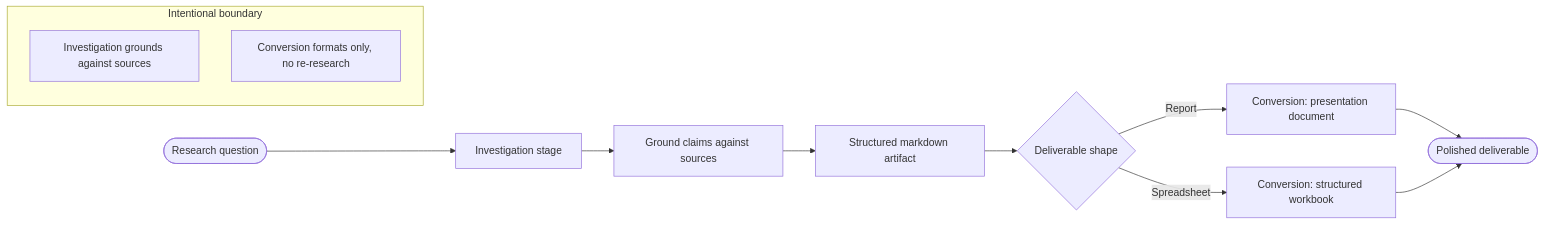
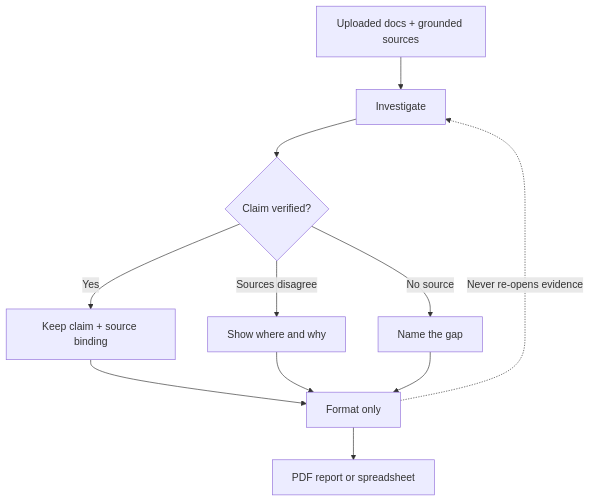
One commit to Beunec/beunec-site-staging changed the second of 2 diagrams in Beunec Docs/rivine agentic engines/rivine_research.md. Above: the diagram before and after it, drawn with Mermaid. The commit also changed other lines of this file and 12 other files, not shown here.

First line of the commit message:
Add Rivine engine diagrams, platform docs links, and home docs CTA.

````diff
--- a/Beunec Docs/rivine agentic engines/rivine_research.md
+++ b/Beunec Docs/rivine agentic engines/rivine_research.md
@@ -11,16 +25,13 @@
 ```mermaid
-flowchart LR
-    U([Research question]) --> Lead[Investigation stage]
-    Lead --> G[Ground claims against sources]
-    G --> MD[Structured markdown artifact]
-    MD --> Choice{Deliverable shape}
-    Choice -->|Report| PDF[Conversion: presentation document]
-    Choice -->|Spreadsheet| SH[Conversion: structured workbook]
-    PDF --> Out1([Polished deliverable])
-    SH --> Out1
-
-    subgraph Boundary["Intentional boundary"]
-        Note1[Investigation grounds against sources]
-        Note2[Conversion formats only, no re-research]
-    end
+flowchart TD
+    A[Uploaded docs + grounded sources] --> B[Investigate]
+    B --> C{Claim verified?}
+    C -->|Yes| D[Keep claim + source binding]
+    C -->|Sources disagree| E[Show where and why]
+    C -->|No source| F[Name the gap]
+    D --> G[Format only]
+    E --> G
+    F --> G
+    G --> H[PDF report or spreadsheet]
+    G -.->|Never re-opens evidence| B
 ```
````
